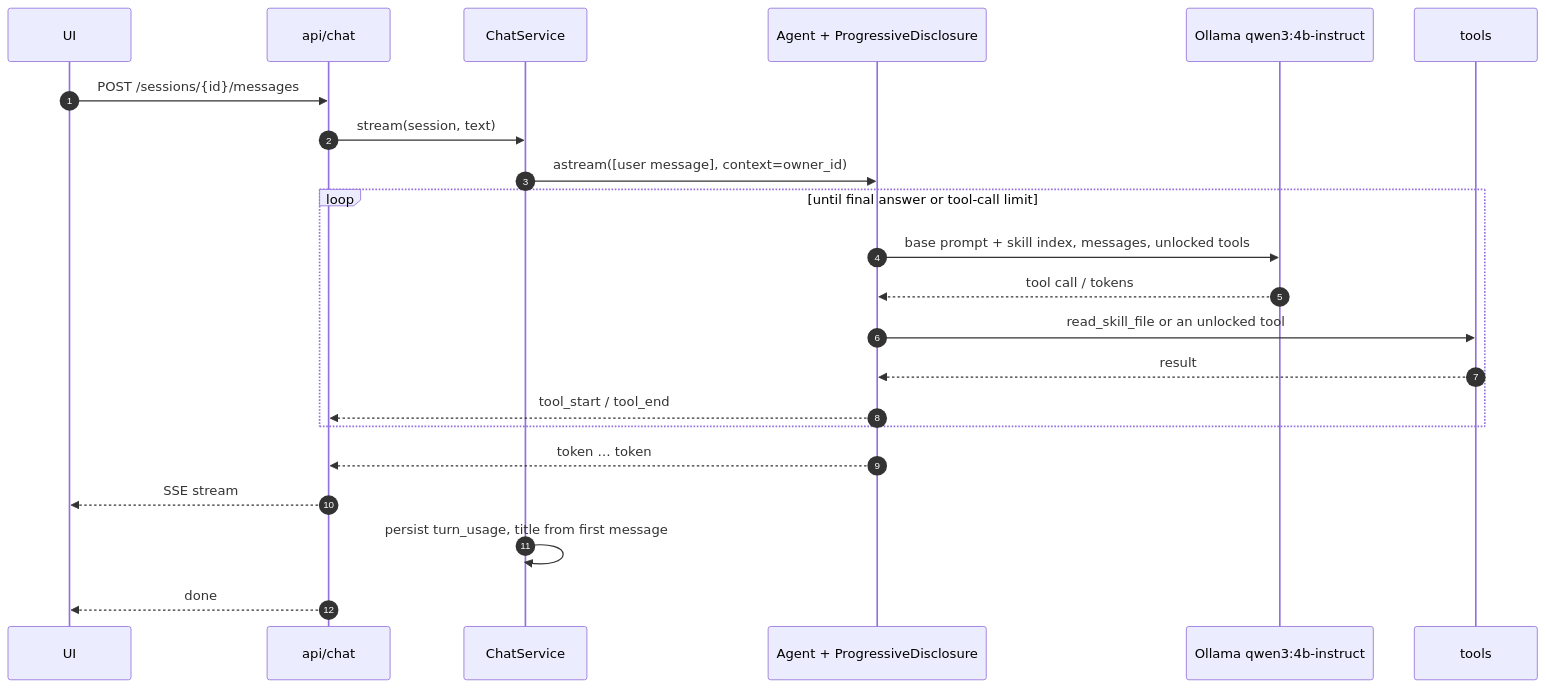
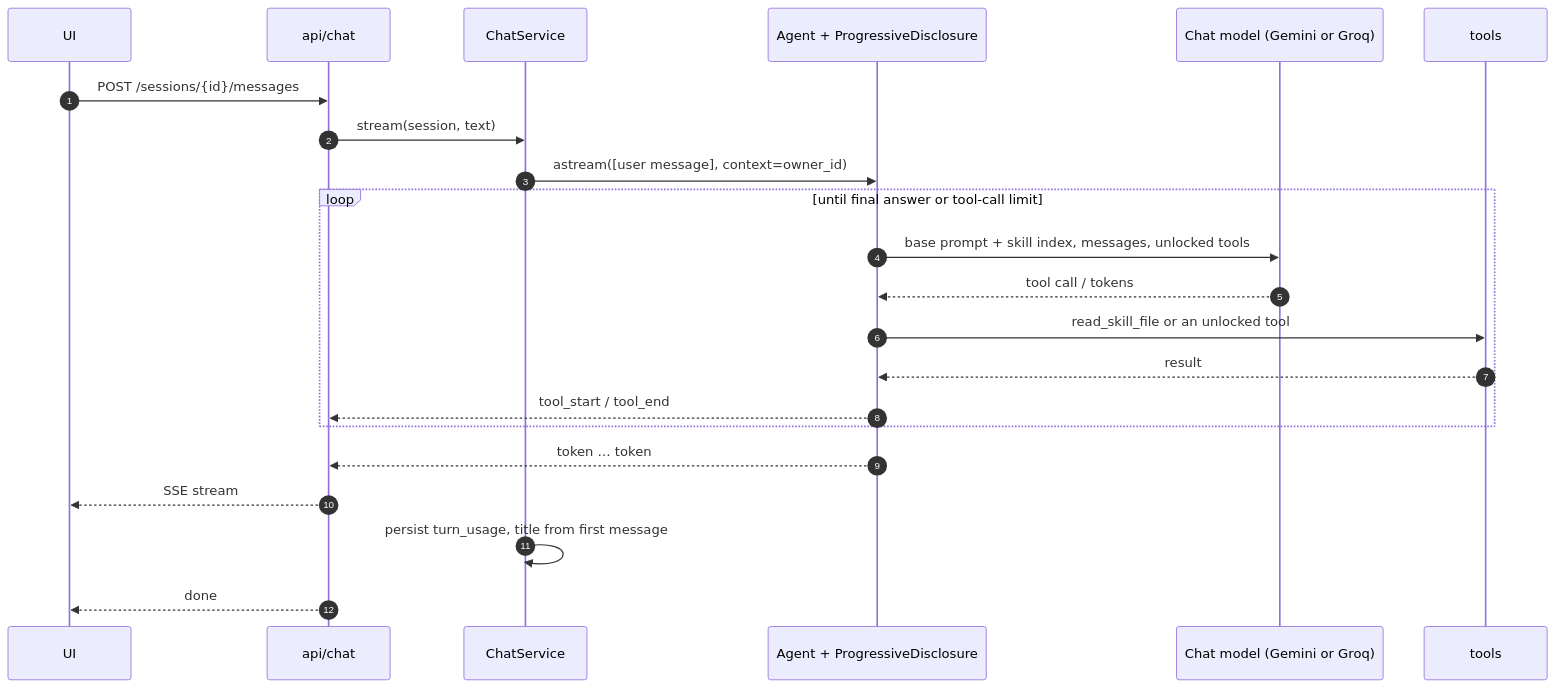
Before and after one commit to reddybharat/agentic-rag: the third of 6 diagrams in docs/architecture.md, drawn with Mermaid. The commit also changed other lines of this file and 27 other files, not shown here.

Commit message:
Chat models are chosen per message from config/models.yaml. Gemini and Groq entries load only when GOOGLE_API_KEY / GROQ_API_KEY is set. Ollama is now used for embeddings only.

````diff
--- a/docs/architecture.md
+++ b/docs/architecture.md
@@ -84,25 +89,25 @@
 ```mermaid
 sequenceDiagram
     autonumber
     participant UI
     participant API as api/chat
     participant Chat as ChatService
     participant Agent as Agent + ProgressiveDisclosure
-    participant LLM as Ollama qwen3:4b-instruct
+    participant LLM as Chat model (Gemini or Groq)
     participant Tools as tools
 
     UI->>API: POST /sessions/{id}/messages
     API->>Chat: stream(session, text)
     Chat->>Agent: astream([user message], context=owner_id)
     loop until final answer or tool-call limit
         Agent->>LLM: base prompt + skill index, messages, unlocked tools
         LLM-->>Agent: tool call / tokens
         Agent->>Tools: read_skill_file or an unlocked tool
         Tools-->>Agent: result
         Agent-->>API: tool_start / tool_end
     end
     Agent-->>API: token … token
     API-->>UI: SSE stream
     Chat->>Chat: persist turn_usage, title from first message
     API-->>UI: done
 ```
````
